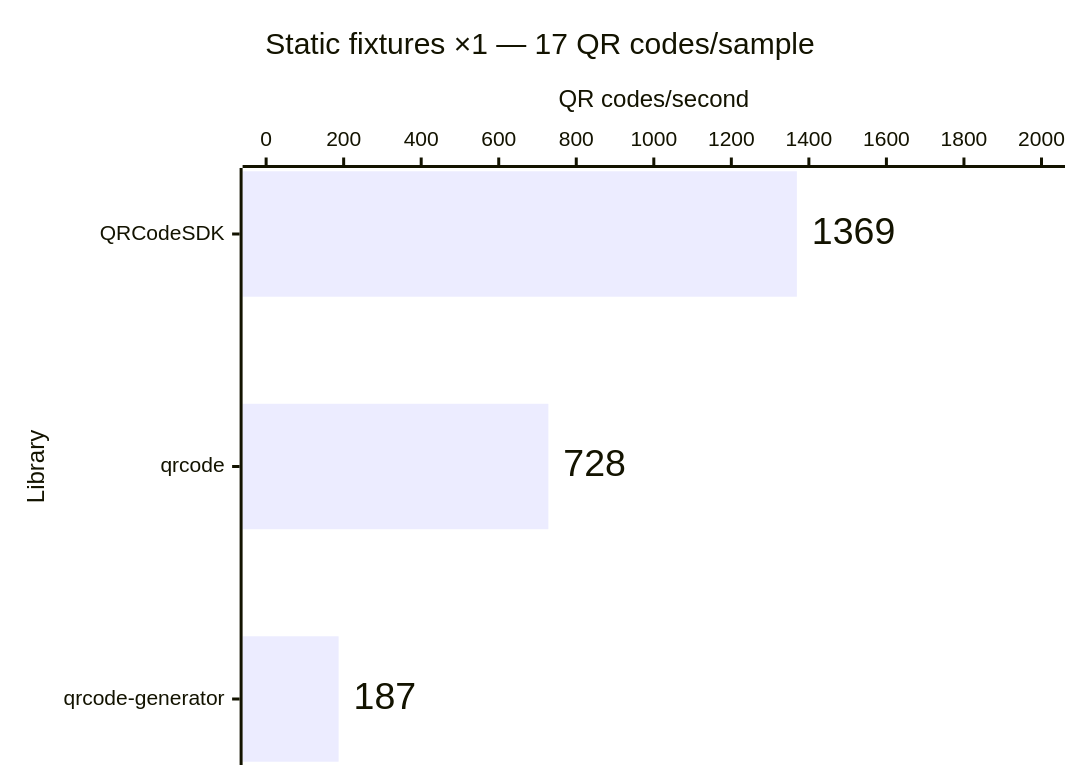
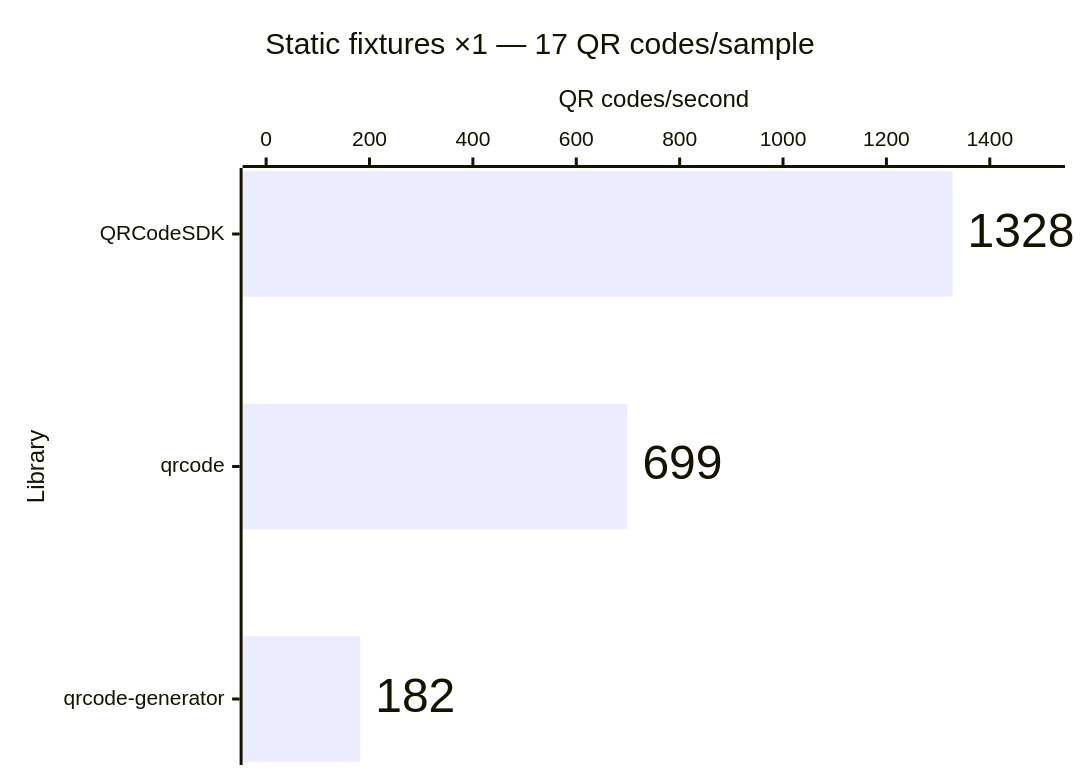
Before and after one commit to Dafnik/qrcodesdk: the fifth of 14 diagrams in apps/docs/src/content/docs/learn/performance.md, drawn with Mermaid. The commit also changed other lines of this file, not shown here.

````diff
--- a/apps/docs/src/content/docs/learn/performance.md
+++ b/apps/docs/src/content/docs/learn/performance.md
@@ -115,15 +115,15 @@
 ```mermaid
 ---
 config:
   xyChart:
     showDataLabel: true
     showDataLabelOutsideBar: true
 ---
 xychart horizontal
   accTitle: Automatic matrix generation: Static fixtures ×1 — 17 QR codes/sample
-  accDescr: Throughput calculated from median time. QRCodeSDK 1,369 QR codes per second, qrcode 728 QR codes per second, qrcode-generator 187 QR codes per second. Higher is better.
+  accDescr: Throughput calculated from median time. QRCodeSDK 1,328 QR codes per second, qrcode 699 QR codes per second, qrcode-generator 182 QR codes per second. Higher is better.
   title "Static fixtures ×1 — 17 QR codes/sample"
   x-axis "Library" ["QRCodeSDK", "qrcode", "qrcode-generator"]
-  y-axis "QR codes/second" 0 --> 2000
-  bar [1369, 728, 187]
+  y-axis "QR codes/second" 0 --> 1500
+  bar [1328, 699, 182]
 ```
````
